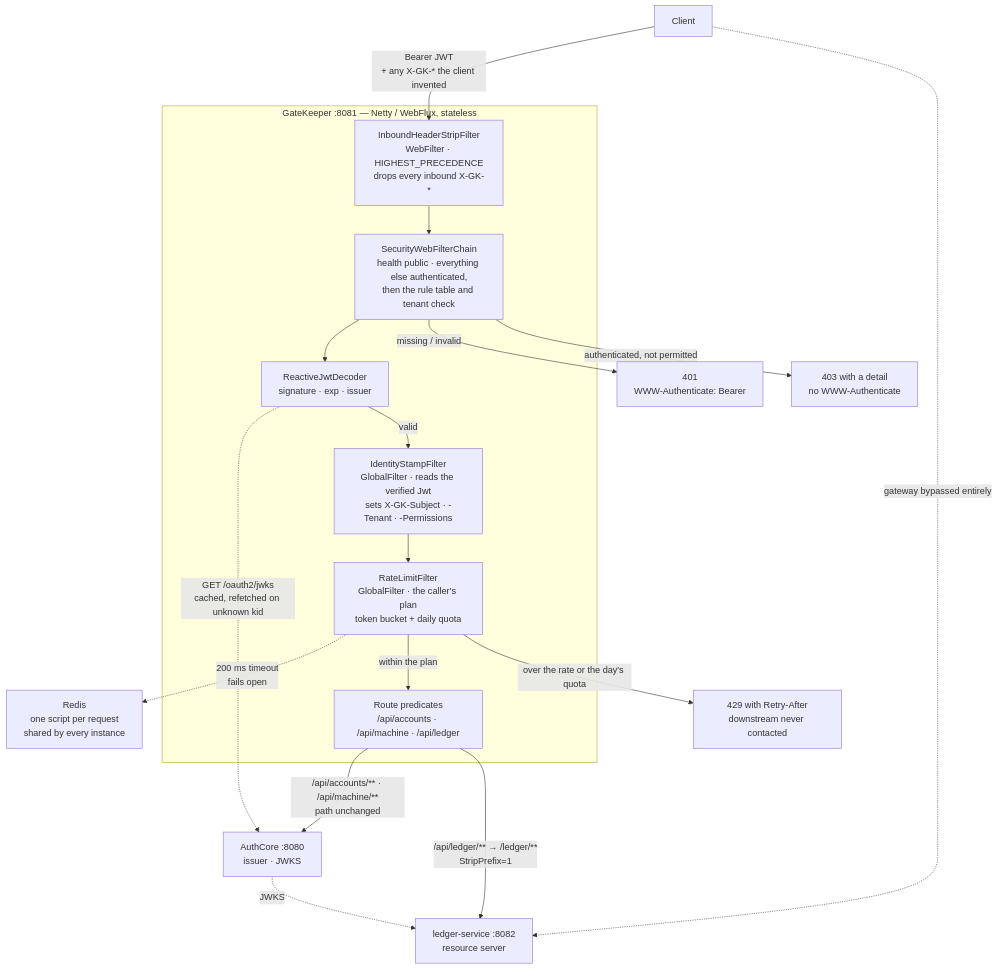
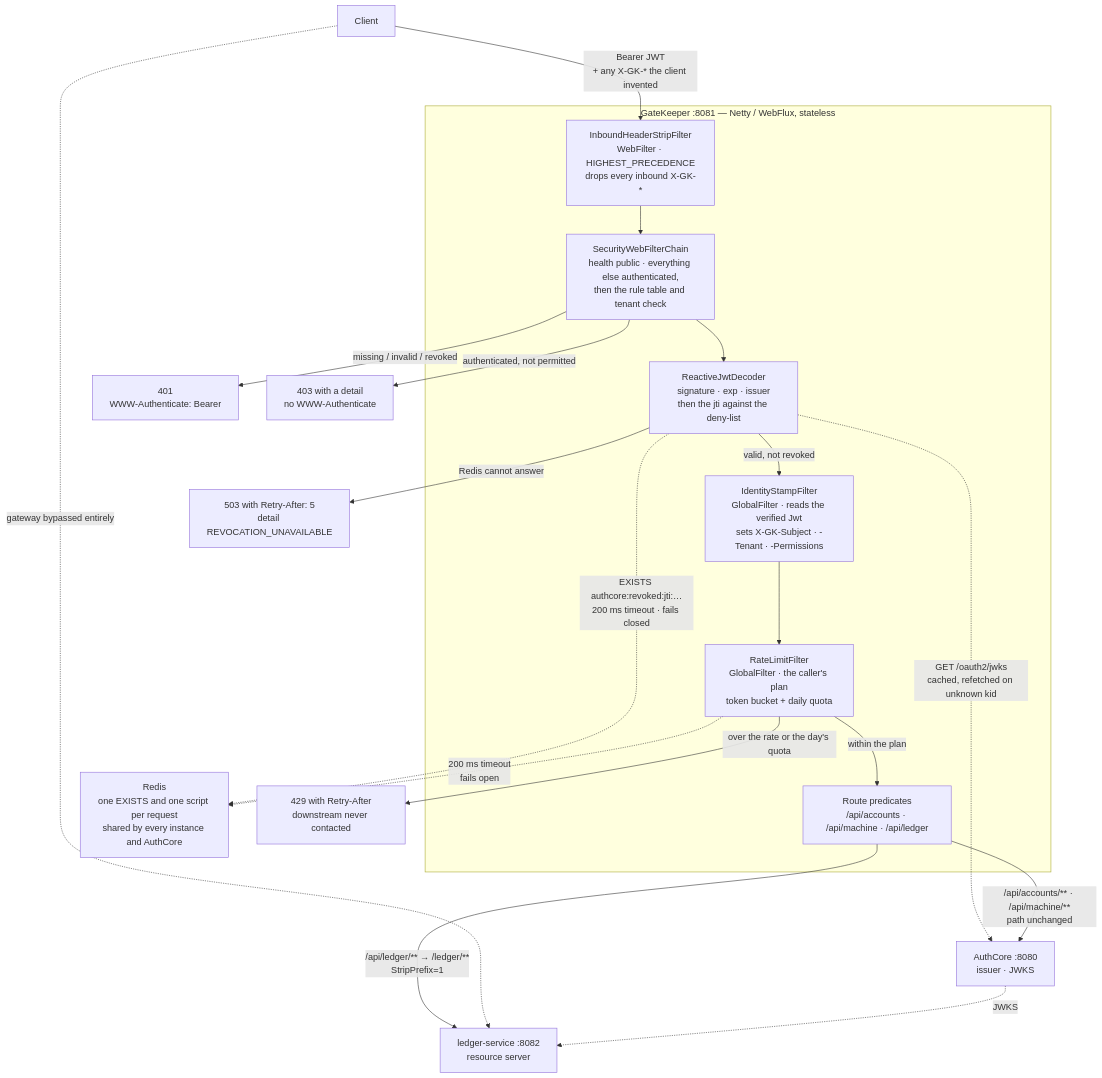
One commit to ezat141/gatekeeper changed the diagram in README.md. Above: the diagram before and after it, drawn with Mermaid. The commit also changed other lines of this file and 3 other files, not shown here.

````diff
--- a/README.md
+++ b/README.md
@@ -117,35 +120,37 @@
 ```mermaid
 graph TB
     C["Client"]
 
     subgraph GK["GateKeeper :8081 — Netty / WebFlux, stateless"]
         STRIP["InboundHeaderStripFilter<br/>WebFilter · HIGHEST_PRECEDENCE<br/>drops every inbound X-GK-*"]
         SEC["SecurityWebFilterChain<br/>health public · everything else authenticated,<br/>then the rule table and tenant check"]
-        DEC["ReactiveJwtDecoder<br/>signature · exp · issuer"]
+        DEC["ReactiveJwtDecoder<br/>signature · exp · issuer<br/>then the jti against the deny-list"]
         STAMP["IdentityStampFilter<br/>GlobalFilter · reads the verified Jwt<br/>sets X-GK-Subject · -Tenant · -Permissions"]
         RATE["RateLimitFilter<br/>GlobalFilter · the caller's plan<br/>token bucket + daily quota"]
         ROUTE["Route predicates<br/>/api/accounts · /api/machine · /api/ledger"]
     end
 
     A["AuthCore :8080<br/>issuer · JWKS"]
     L["ledger-service :8082<br/>resource server"]
-    RD["Redis<br/>one script per request<br/>shared by every instance"]
+    RD["Redis<br/>one EXISTS and one script per request<br/>shared by every instance and AuthCore"]
 
     C -->|"Bearer JWT<br/>+ any X-GK-* the client invented"| STRIP
     STRIP --> SEC
     SEC --> DEC
     DEC -.->|"GET /oauth2/jwks<br/>cached, refetched on unknown kid"| A
-    DEC -->|"valid"| STAMP
+    DEC -.->|"EXISTS authcore:revoked:jti:…<br/>200 ms timeout · fails closed"| RD
+    DEC -->|"valid, not revoked"| STAMP
+    DEC -->|"Redis cannot answer"| R503["503 with Retry-After: 5<br/>detail REVOCATION_UNAVAILABLE"]
     STAMP --> RATE
     RATE -.->|"200 ms timeout<br/>fails open"| RD
     RATE -->|"within the plan"| ROUTE
     RATE -->|"over the rate or the day's quota"| R429["429 with Retry-After<br/>downstream never contacted"]
-    SEC -->|"missing / invalid"| R401["401<br/>WWW-Authenticate: Bearer"]
+    SEC -->|"missing / invalid / revoked"| R401["401<br/>WWW-Authenticate: Bearer"]
     SEC -->|"authenticated, not permitted"| R403["403 with a detail<br/>no WWW-Authenticate"]
 
     ROUTE -->|"/api/accounts/** · /api/machine/**<br/>path unchanged"| A
     ROUTE -->|"/api/ledger/** → /ledger/**<br/>StripPrefix=1"| L
 
     C -.->|"gateway bypassed entirely"| L
     A -. "JWKS" .-> L
 ```
````
